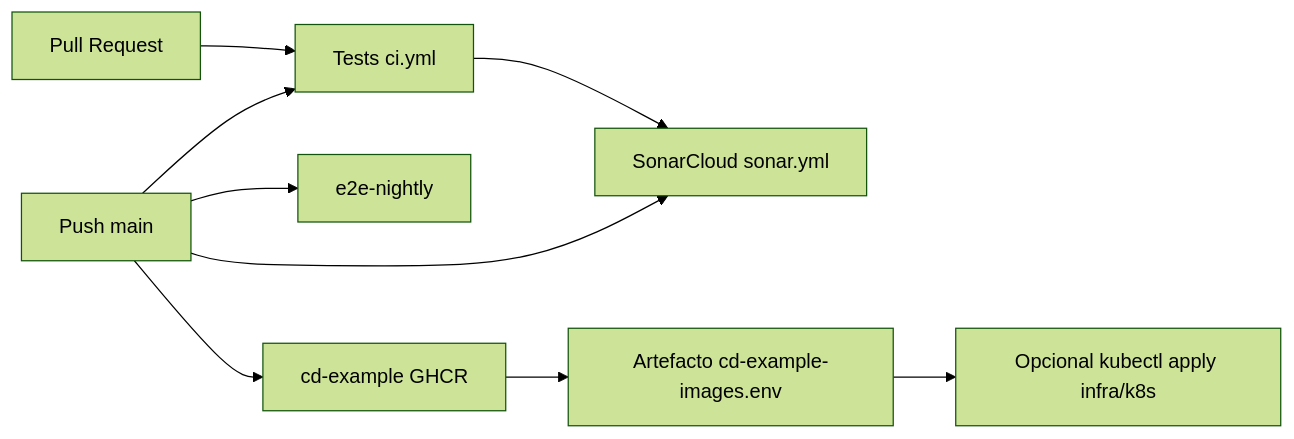
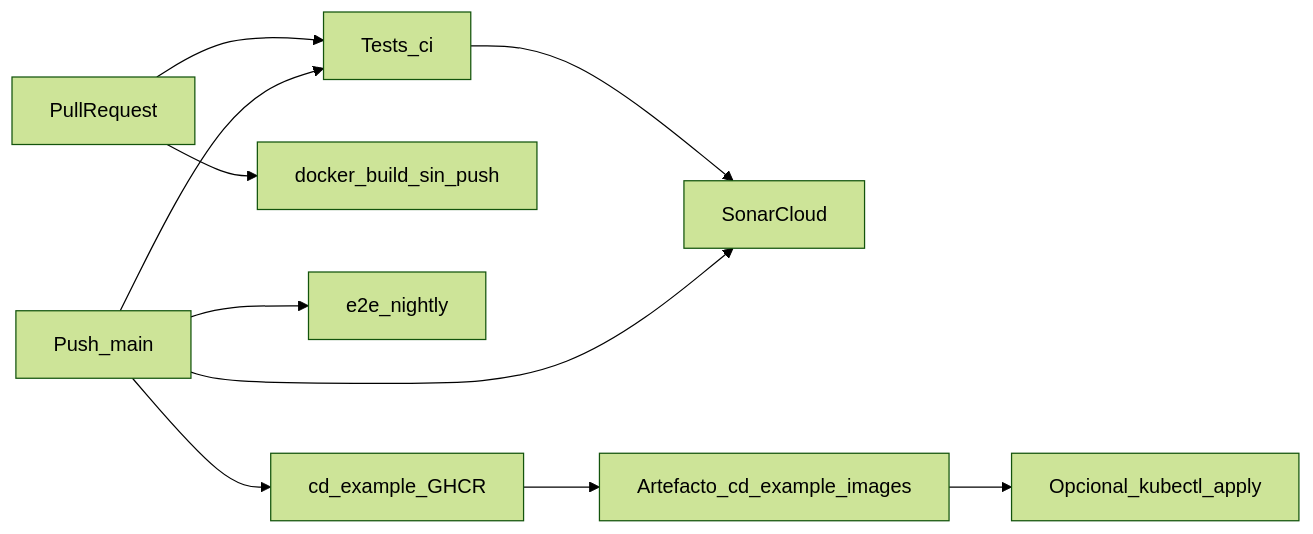
The diagram in wiki/CI-CD.md (bue221/proyecto-arquitectura-software-emergente), drawn with Mermaid (forest theme) before and after one commit. The commit also changed other lines of this file and 23 other files, not shown here.

First line of the commit message:
chore(ci): fix Sonar skip, add front tests, speed Docker builds

````diff
--- a/wiki/CI-CD.md
+++ b/wiki/CI-CD.md
@@ -16,11 +16,12 @@
 ```mermaid
 flowchart LR
-  PR[Pull Request] --> U[Tests ci.yml]
-  U --> S[SonarCloud sonar.yml]
-  main[Push main] --> U
+  PR[PullRequest] --> U[Tests_ci]
+  PR --> D[docker_build_sin_push]
+  U --> S[SonarCloud]
+  main[Push_main] --> U
   main --> S
-  main --> E2E[e2e-nightly]
-  main --> CD[cd-example GHCR]
-  CD --> ART[Artefacto cd-example-images.env]
-  ART --> K8S[Opcional kubectl apply infra/k8s]
+  main --> E2E[e2e_nightly]
+  main --> CD[cd_example_GHCR]
+  CD --> ART[Artefacto_cd_example_images]
+  ART --> K8S[Opcional_kubectl_apply]
 ```
````
